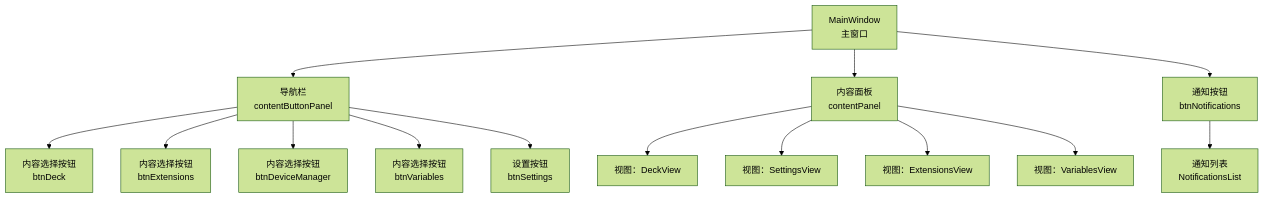
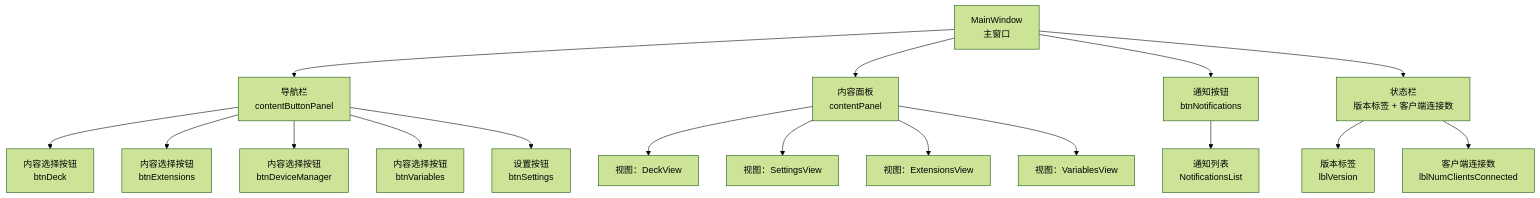
Before and after one commit to tea4go/Macro-Deck: the first of 3 diagrams in .qoder/repowiki/zh/content/图形用户界面/主窗口设计.md, drawn with Mermaid (forest theme). The commit also changed other lines of this file and 5 other files, not shown here.

````diff
--- a/.qoder/repowiki/zh/content/图形用户界面/主窗口设计.md
+++ b/.qoder/repowiki/zh/content/图形用户界面/主窗口设计.md
@@ -37,16 +48,20 @@
 ```mermaid
 graph TB
-MW["MainWindow<br/>主窗口"] --> NAV["导航栏<br/>contentButtonPanel"]
+MW["MainWindow<br/>主窗口"]
+MW --> NAV["导航栏<br/>contentButtonPanel"]
 MW --> CP["内容面板<br/>contentPanel"]
 MW --> BTN_NOTI["通知按钮<br/>btnNotifications"]
+MW --> STATUS_BAR["状态栏<br/>版本标签 + 客户端连接数"]
 NAV --> BTN_DECK["内容选择按钮<br/>btnDeck"]
 NAV --> BTN_EXT["内容选择按钮<br/>btnExtensions"]
 NAV --> BTN_DEV["内容选择按钮<br/>btnDeviceManager"]
 NAV --> BTN_VAR["内容选择按钮<br/>btnVariables"]
 NAV --> BTN_SET["设置按钮<br/>btnSettings"]
 CP --> DV["视图：DeckView"]
 CP --> SV["视图：SettingsView"]
 CP --> EV["视图：ExtensionsView"]
 CP --> VVar["视图：VariablesView"]
 BTN_NOTI --> NL["通知列表<br/>NotificationsList"]
+STATUS_BAR --> VERSION["版本标签<br/>lblVersion"]
+STATUS_BAR --> CLIENTS["客户端连接数<br/>lblNumClientsConnected"]
 ```
````
